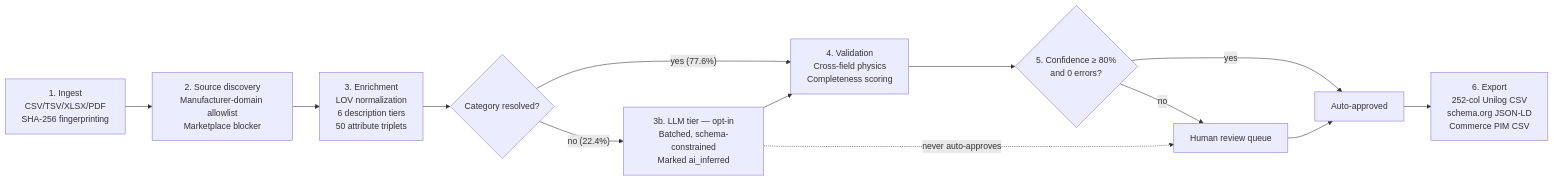
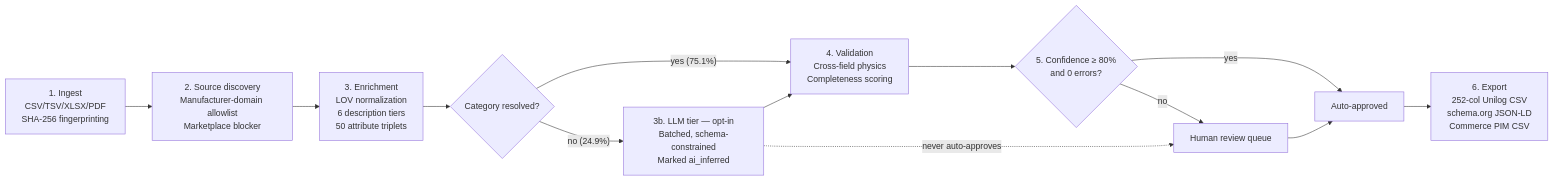
Before and after one commit to Yashasm18/specledger: the diagram in README.md, drawn with Mermaid. The commit also changed other lines of this file, not shown here.

````diff
--- a/README.md
+++ b/README.md
@@ -94,15 +94,15 @@
 ```mermaid
 flowchart LR
     A["1. Ingest\nCSV/TSV/XLSX/PDF\nSHA-256 fingerprinting"] --> B["2. Source discovery\nManufacturer-domain allowlist\nMarketplace blocker"]
     B --> C["3. Enrichment\nLOV normalization\n6 description tiers\n50 attribute triplets"]
     C --> D{"Category resolved?"}
-    D -- "yes (77.6%)" --> E["4. Validation\nCross-field physics\nCompleteness scoring"]
-    D -- "no (22.4%)" --> L["3b. LLM tier — opt-in\nBatched, schema-constrained\nMarked ai_inferred"]
+    D -- "yes (75.1%)" --> E["4. Validation\nCross-field physics\nCompleteness scoring"]
+    D -- "no (24.9%)" --> L["3b. LLM tier — opt-in\nBatched, schema-constrained\nMarked ai_inferred"]
     L --> E
     E --> F{"5. Confidence ≥ 80%\nand 0 errors?"}
     F -- yes --> G["Auto-approved"]
     F -- no --> H["Human review queue"]
     L -.->|"never auto-approves"| H
     H --> G
     G --> I["6. Export\n252-col Unilog CSV\nschema.org JSON-LD\nCommerce PIM CSV"]
 ```
````
